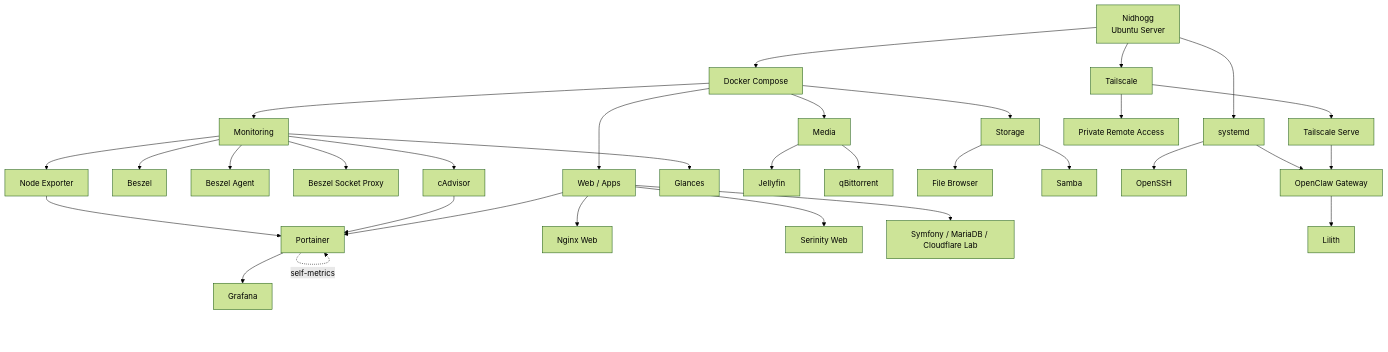
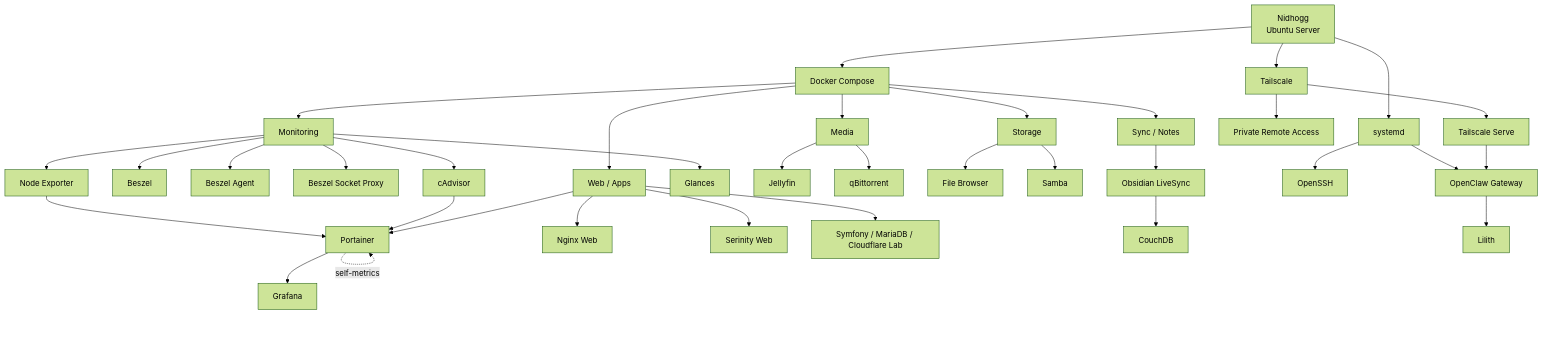
Before and after one commit to Gl3diator/Nidhogg-Homelab: the first of 2 diagrams in docs/architecture.md, drawn with Mermaid (forest theme). The commit also changed other lines of this file and 8 other files, not shown here.

Commit message:
feat: Add Obsidian LiveSync service

````diff
--- a/docs/architecture.md
+++ b/docs/architecture.md
@@ -22,45 +22,49 @@
 ```mermaid
 flowchart TB
     N["Nidhogg<br/>Ubuntu Server"]
 
     N --> D["Docker Compose"]
     N --> T["Tailscale"]
     N --> S["systemd"]
 
     D --> MON["Monitoring"]
     D --> MEDIA["Media"]
     D --> STORAGE["Storage"]
     D --> WEB["Web / Apps"]
+    D --> SYNC["Sync / Notes"]
 
     MON --> B["Beszel"]
     MON --> BA["Beszel Agent"]
     MON --> BSP["Beszel Socket Proxy"]
     MON --> NE["Node Exporter"]
     MON --> CA["cAdvisor"]
     MON --> G["Glances"]
 
     NE --> P["Prometheus"]
     CA --> P
     P --> GR["Grafana"]
     P -. "self-metrics" .-> P
 
     MEDIA --> J["Jellyfin"]
     MEDIA --> Q["qBittorrent"]
 
     STORAGE --> FB["File Browser"]
     STORAGE --> SMB["Samba"]
 
     WEB --> NW["Nginx Web"]
     WEB --> P["Portainer"]
     WEB --> SW["Serinity Web"]
     WEB --> SYM["Symfony / MariaDB / Cloudflare Lab"]
 
+    SYNC --> OBS["Obsidian LiveSync"]
+    OBS --> CDB["CouchDB"]
+
     T --> REMOTE["Private Remote Access"]
     T --> SERVE["Tailscale Serve"]
 
     S --> SSH["OpenSSH"]
     S --> OC["OpenClaw Gateway"]
 
     SERVE --> OC
     OC --> L["Lilith"]
 ```
````
